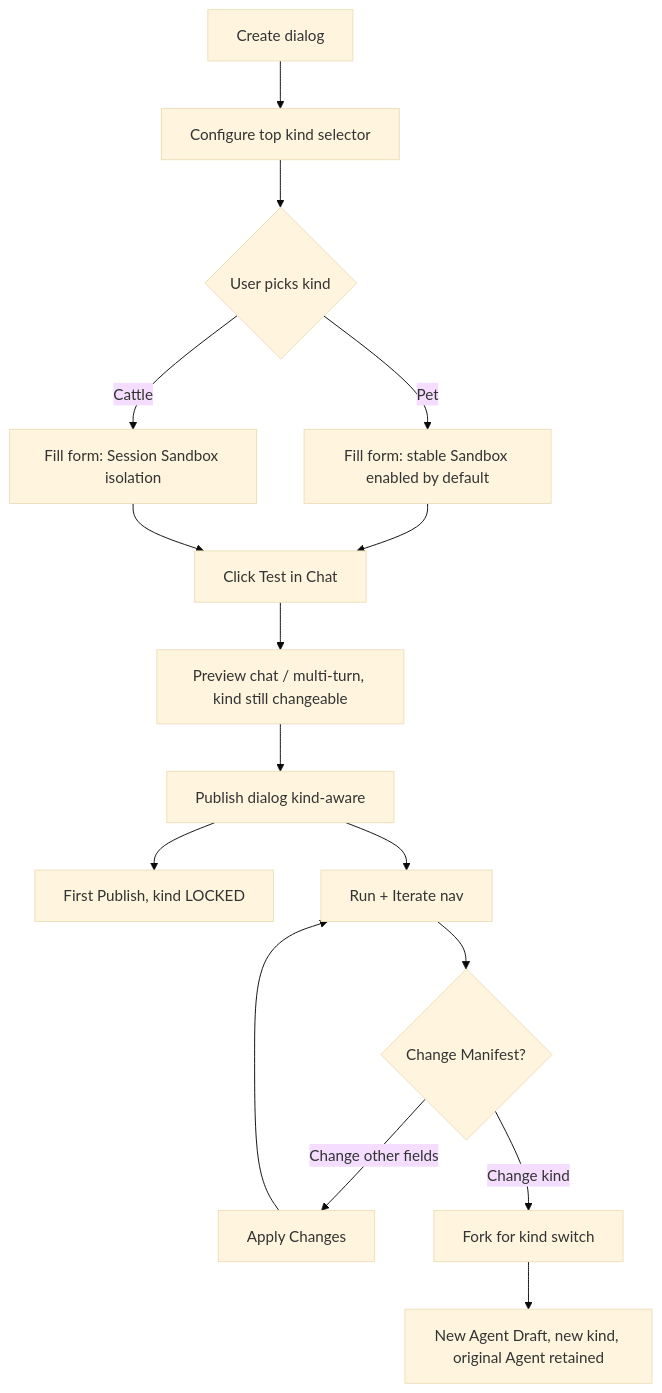
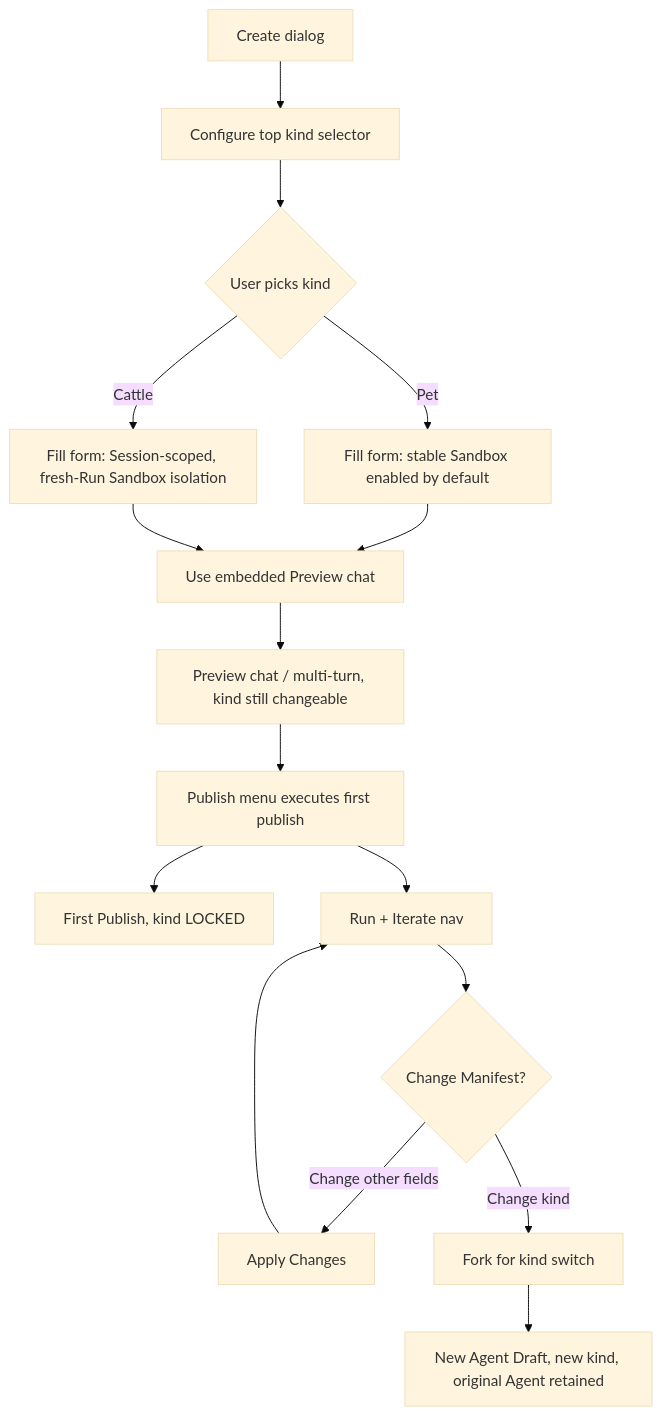
The second of 3 diagrams in docs/prd/agent-type.md (langgenius/mosoo), drawn with Mermaid (base theme) before and after one commit. The commit also changed other lines of this file and 66 other files, not shown here.

````diff
--- a/docs/prd/agent-type.md
+++ b/docs/prd/agent-type.md
@@ -113,18 +138,18 @@
 ```mermaid
 flowchart TD
   Start[Create dialog] --> Configure[Configure top kind selector]
   Configure --> KindChoice{User picks kind}
   KindChoice -->|Pet| FillPet[Fill form: stable Sandbox enabled by default]
-  KindChoice -->|Cattle| FillCattle[Fill form: Session Sandbox isolation]
-  FillPet --> Test[Click Test in Chat]
+  KindChoice -->|Cattle| FillCattle[Fill form: Session-scoped, fresh-Run Sandbox isolation]
+  FillPet --> Test[Use embedded Preview chat]
   FillCattle --> Test
   Test --> Preview[Preview chat / multi-turn, kind still changeable]
-  Preview --> Publish[Publish dialog kind-aware]
+  Preview --> Publish[Publish menu executes first publish]
   Publish --> Lock[First Publish, kind LOCKED]
   Publish --> Run[Run + Iterate nav]
   Run --> Improve{Change Manifest?}
   Improve -->|Change other fields| Apply[Apply Changes]
   Improve -->|Change kind| Fork[Fork for kind switch]
   Fork --> NewDraft[New Agent Draft, new kind, original Agent retained]
   Apply --> Run
 ```
````
